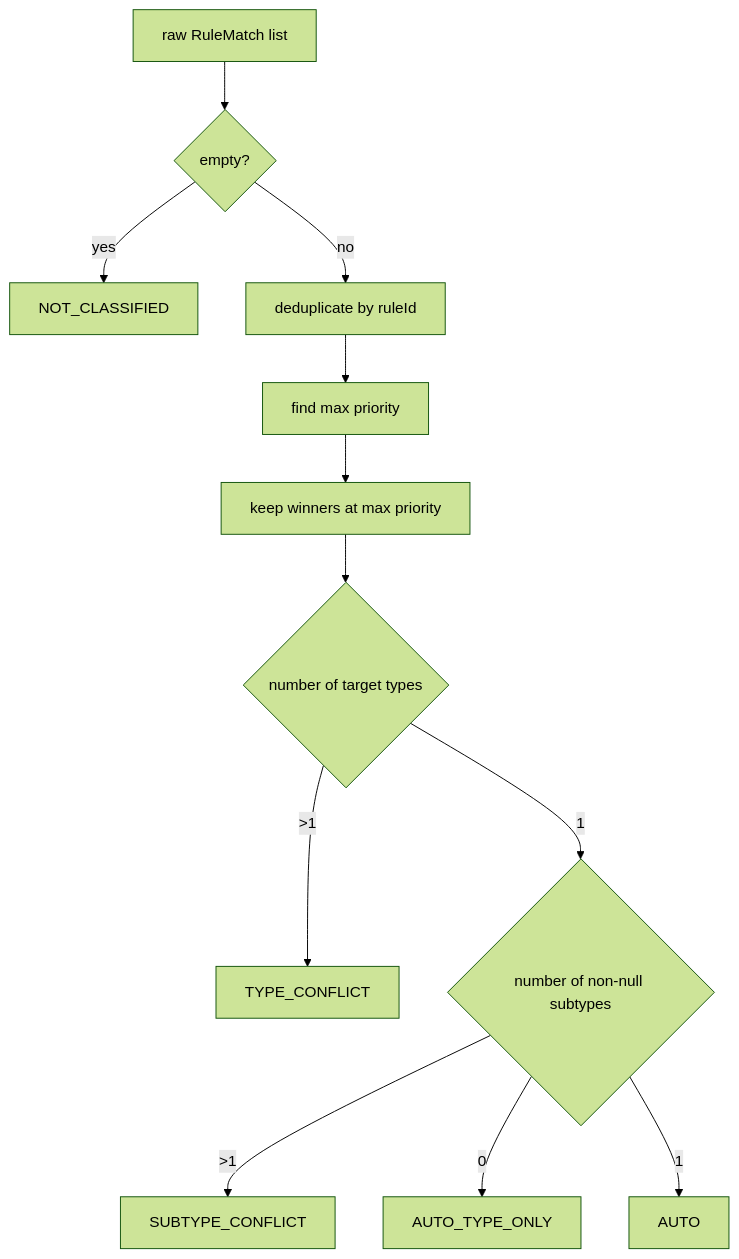
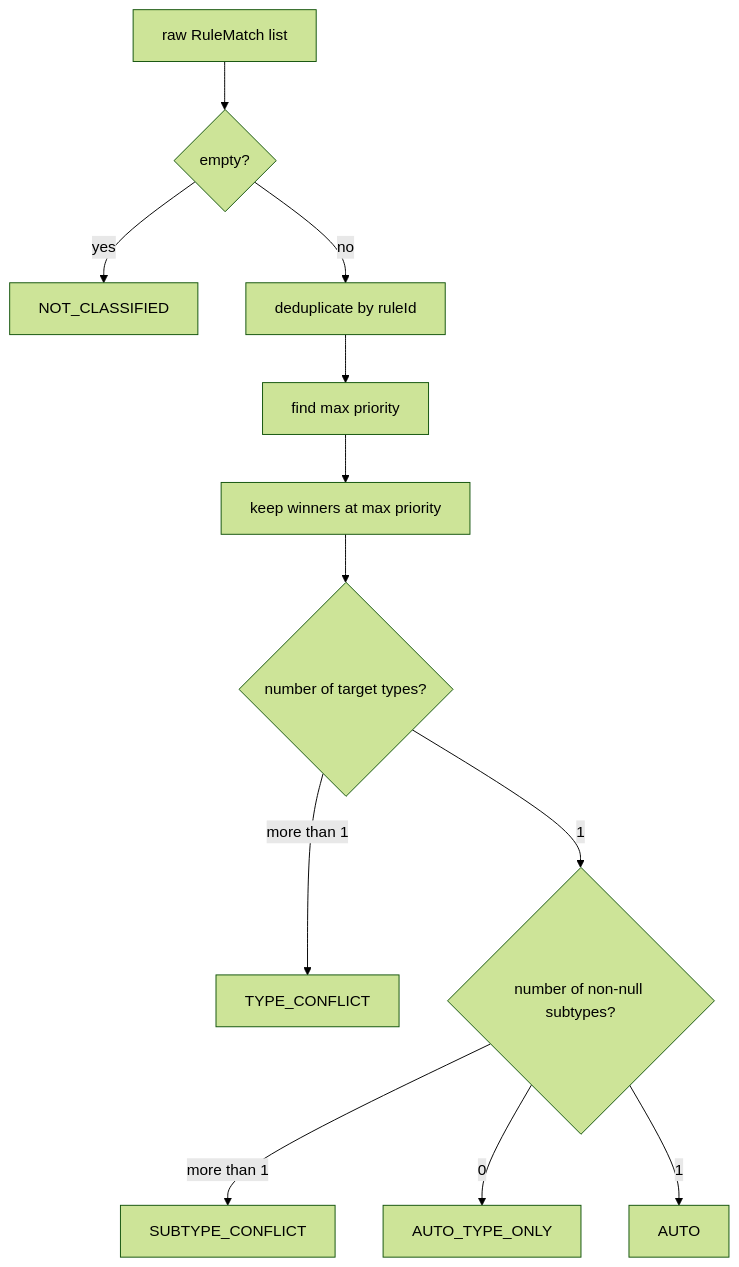
The ninth of 9 diagrams in docs/ENGINE_IMPLEMENTATION.md (GAbra/itam-asset-typing-benchmark), drawn with Mermaid (forest theme) before and after one commit. The commit also changed other lines of this file, not shown here.

Commit message:
Fix Mermaid syntax in English engine implementation

````diff
--- a/docs/ENGINE_IMPLEMENTATION.md
+++ b/docs/ENGINE_IMPLEMENTATION.md
@@ -330,14 +274,14 @@
 ```mermaid
 flowchart TD
-    I[raw RuleMatch list] --> E{empty?}
-    E -->|yes| N[NOT_CLASSIFIED]
-    E -->|no| D[deduplicate by ruleId]
-    D --> P[find max priority]
-    P --> W[keep winners at max priority]
-    W --> T{number of target types}
-    T -->|>1| TC[TYPE_CONFLICT]
-    T -->|1| S{number of non-null subtypes}
-    S -->|>1| SC[SUBTYPE_CONFLICT]
-    S -->|0| TO[AUTO_TYPE_ONLY]
-    S -->|1| A[AUTO]
+    I["raw RuleMatch list"] --> E{"empty?"}
+    E -->|yes| N["NOT_CLASSIFIED"]
+    E -->|no| D["deduplicate by ruleId"]
+    D --> P["find max priority"]
+    P --> W["keep winners at max priority"]
+    W --> T{"number of target types?"}
+    T -->|more than 1| TC["TYPE_CONFLICT"]
+    T -->|1| S{"number of non-null subtypes?"}
+    S -->|more than 1| SC["SUBTYPE_CONFLICT"]
+    S -->|0| TO["AUTO_TYPE_ONLY"]
+    S -->|1| A["AUTO"]
 ```
````
